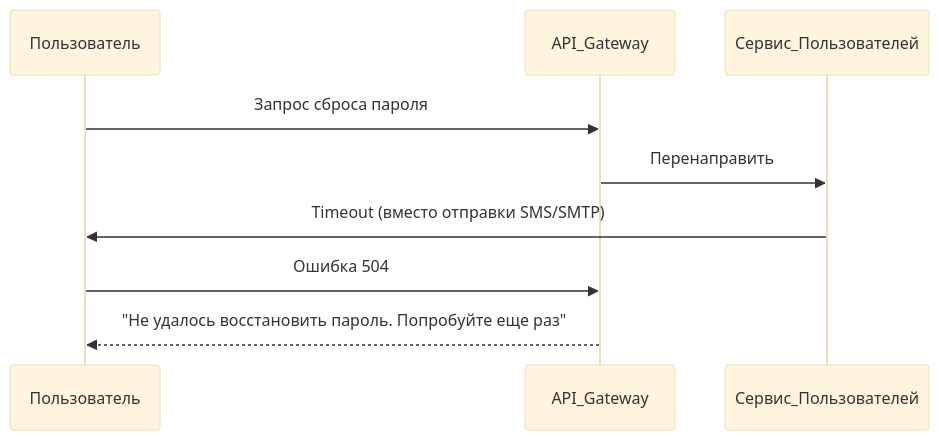
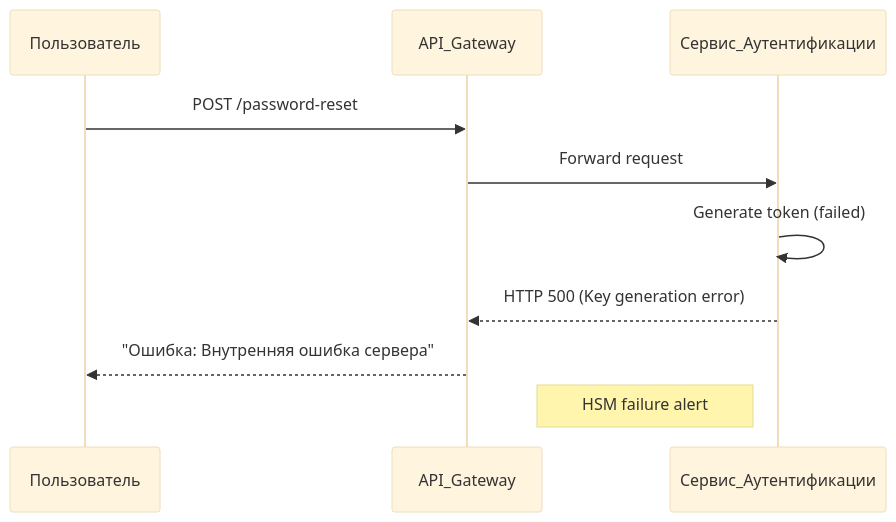
Before and after one commit to andreyantropov/architect-coursework: the eighth of 8 diagrams in architecture/critical-business-processes.md, drawn with Mermaid (base theme). The commit also changed other lines of this file, not shown here.

````diff
--- a/architecture/critical-business-processes.md
+++ b/architecture/critical-business-processes.md
@@ -109,12 +116,13 @@
 ```mermaid
 sequenceDiagram
     participant Пользователь
     participant API_Gateway
-    participant Сервис_Пользователей
+    participant Сервис_Аутентификации
     
-    Пользователь->>API_Gateway: Запрос сброса пароля
-    API_Gateway->>Сервис_Пользователей: Перенаправить
-    Сервис_Пользователей->>Пользователь: Timeout (вместо отправки SMS/SMTP)
-    Пользователь->>API_Gateway: Ошибка 504
-    API_Gateway-->>Пользователь: "Не удалось восстановить пароль. Попробуйте еще раз"
+    Пользователь->>API_Gateway: POST /password-reset
+    API_Gateway->>Сервис_Аутентификации: Forward request
+    Сервис_Аутентификации->>Сервис_Аутентификации: Generate token (failed)
+    Сервис_Аутентификации-->>API_Gateway: HTTP 500 (Key generation error)
+    API_Gateway-->>Пользователь: "Ошибка: Внутренняя ошибка сервера"
+    note left of Сервис_Аутентификации: HSM failure alert
 ```
````
